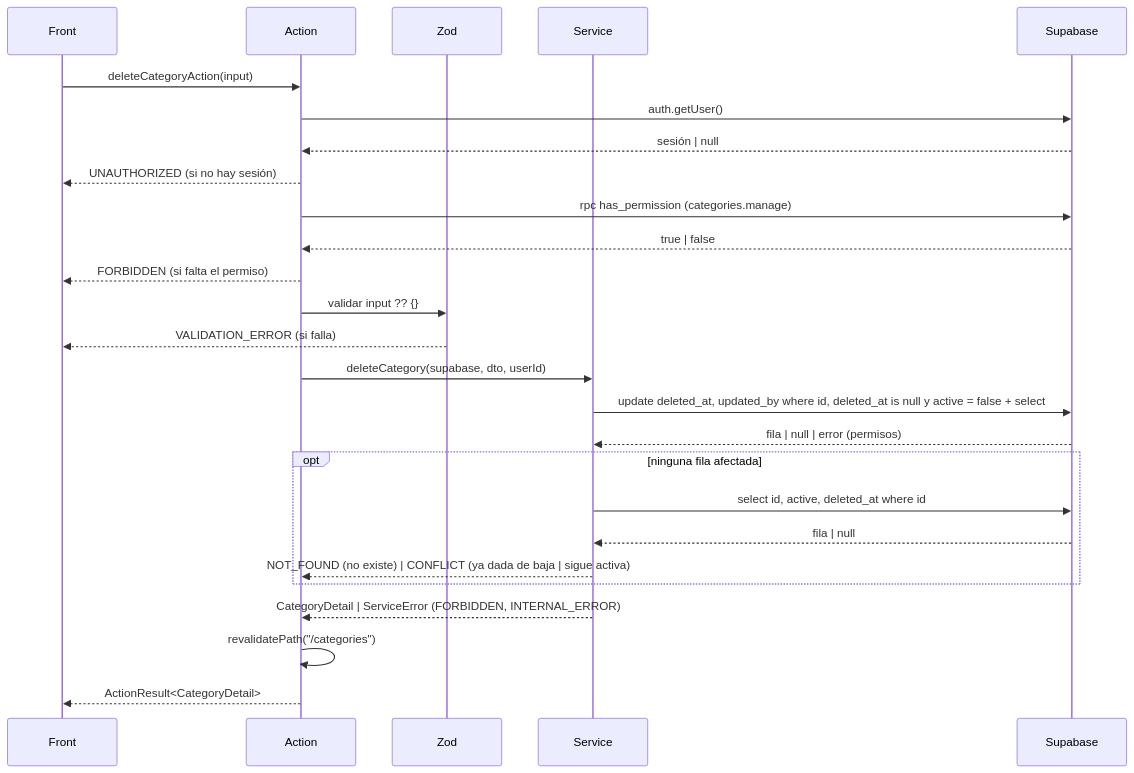
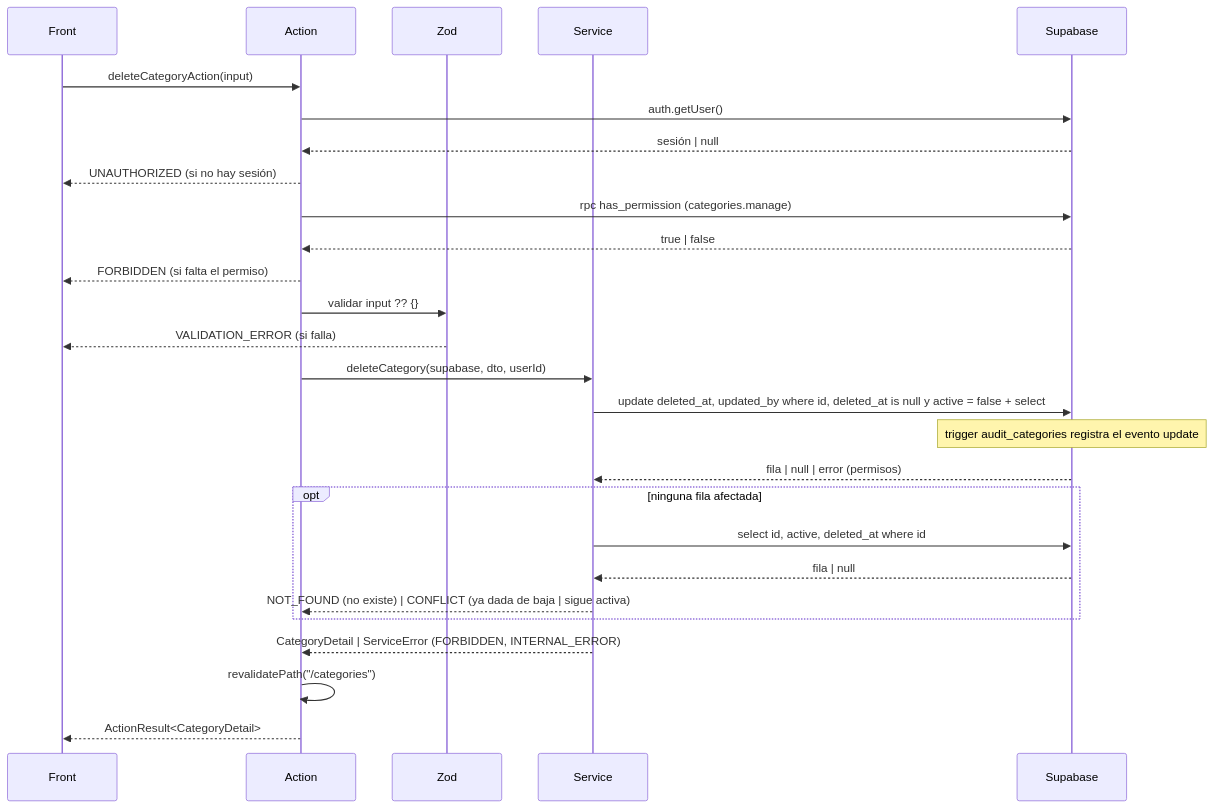
Before and after one commit to Programati/restoDev: the diagram in docs/contracts/categories/Contract_deleteCategory.md, drawn with Mermaid. The commit also changed other lines of this file and 17 other files, not shown here.

````diff
--- a/docs/contracts/categories/Contract_deleteCategory.md
+++ b/docs/contracts/categories/Contract_deleteCategory.md
@@ -157,28 +157,29 @@
 ```mermaid
 sequenceDiagram
   participant Front
   participant Action
   participant Zod
   participant Service
   participant Supabase
   Front->>Action: deleteCategoryAction(input)
   Action->>Supabase: auth.getUser()
   Supabase-->>Action: sesión | null
   Action-->>Front: UNAUTHORIZED (si no hay sesión)
   Action->>Supabase: rpc has_permission (categories.manage)
   Supabase-->>Action: true | false
   Action-->>Front: FORBIDDEN (si falta el permiso)
   Action->>Zod: validar input ?? {}
   Zod-->>Front: VALIDATION_ERROR (si falla)
   Action->>Service: deleteCategory(supabase, dto, userId)
   Service->>Supabase: update deleted_at, updated_by where id, deleted_at is null y active = false + select
+  Note over Supabase: trigger audit_categories registra el evento update
   Supabase-->>Service: fila | null | error (permisos)
   opt ninguna fila afectada
     Service->>Supabase: select id, active, deleted_at where id
     Supabase-->>Service: fila | null
     Service-->>Action: NOT_FOUND (no existe) | CONFLICT (ya dada de baja | sigue activa)
   end
   Service-->>Action: CategoryDetail | ServiceError (FORBIDDEN, INTERNAL_ERROR)
   Action->>Action: revalidatePath("/categories")
   Action-->>Front: ActionResult<CategoryDetail>
 ```
````
